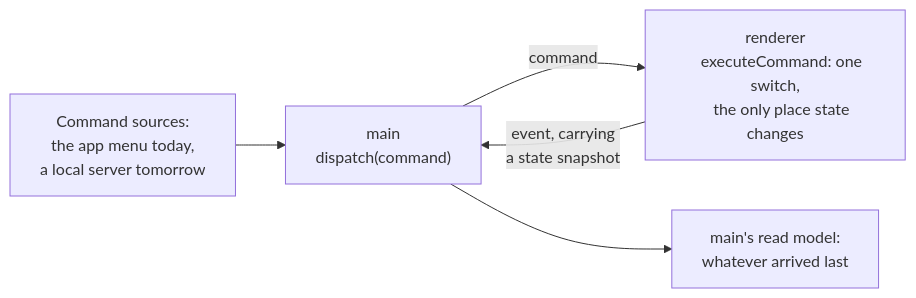
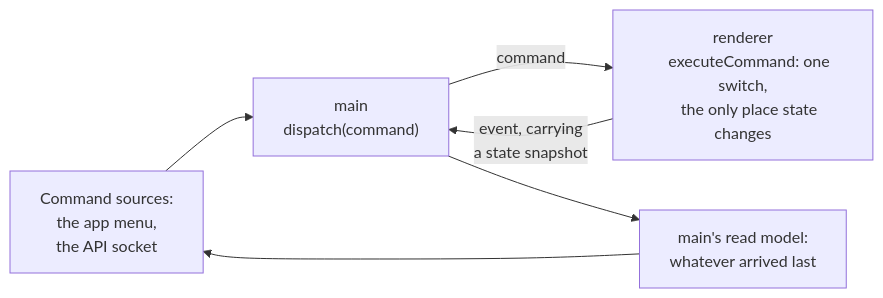
The diagram in ARCHITECTURE.md (luis-herasme/editor), drawn with Mermaid before and after one commit. The commit also changed other lines of this file and 13 other files, not shown here.

````diff
--- a/ARCHITECTURE.md
+++ b/ARCHITECTURE.md
@@ -118,14 +122,15 @@
 ```mermaid
 flowchart LR
     S["Command sources:
-    the app menu today,
-    a local server tomorrow"] --> M
+    the app menu,
+    the API socket"] --> M
     M["main
     dispatch(command)"] -->|command| R
     R["renderer
     executeCommand: one switch,
     the only place state changes"] -->|"event, carrying
     a state snapshot"| M
     M --> K["main's read model:
     whatever arrived last"]
+    K --> S
 ```
````
